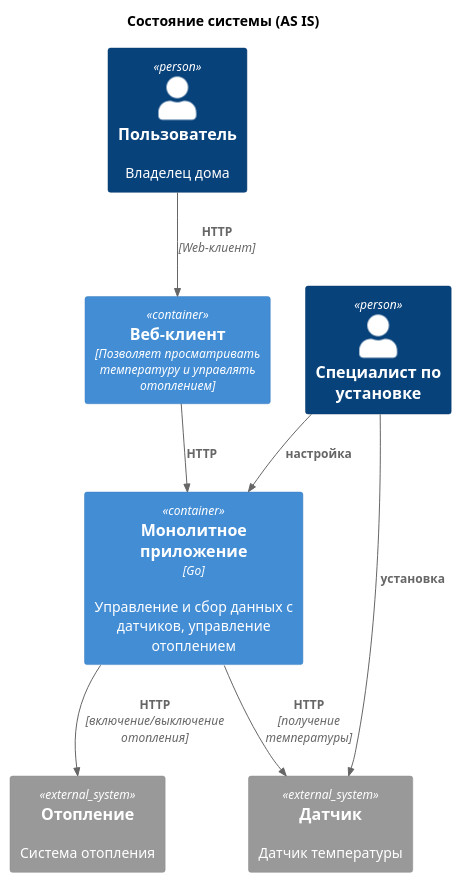
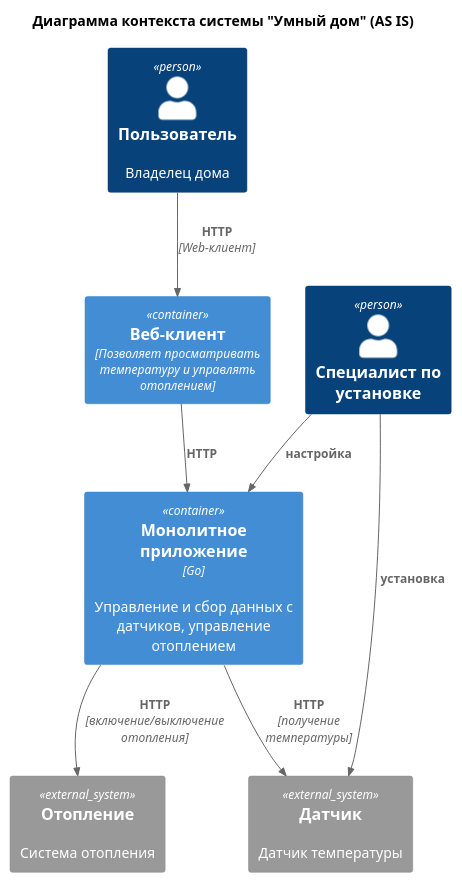
Before and after one commit to shcherbinadmitry/architecture-pro-warmhouse: the diagram in diagrams/context/context_diagram.puml, drawn with PlantUML. The commit also changed 3 other files, not shown here.

Commit message:
(task-02): C4 diagrams

```diff
--- a/diagrams/context/context_diagram.puml
+++ b/diagrams/context/context_diagram.puml
@@ -1,20 +1,20 @@
 @startuml C4_Elements
 !include https://raw.githubusercontent.com/plantuml-stdlib/C4-PlantUML/master/C4_Container.puml
 
-title Состояние системы (AS IS)
+title Диаграмма контекста системы "Умный дом" (AS IS)
 
-Person(person, "Пользователь", "Владелец дома")
+Person(user, "Пользователь", "Владелец дома")
 Person(engineer, "Специалист по установке")
 
 Container(webclient, "Веб-клиент", "Позволяет просматривать температуру и управлять отоплением")
 Container(monolith, "Монолитное приложение", "Go", "Управление и сбор данных с датчиков, управление отоплением")
 System_Ext(sensor, "Датчик", "Датчик температуры")
 System_Ext(heater, "Отопление", "Система отопления")
 
-Rel(person, webclient, "HTTP", "Web-клиент")
+Rel(user, webclient, "HTTP", "Web-клиент")
 Rel(webclient, monolith, "HTTP")
 Rel(monolith, sensor, "HTTP", "получение температуры")
 Rel(monolith, heater, "HTTP", "включение/выключение отопления")
 Rel(engineer, monolith, "настройка")
 Rel(engineer, sensor, "установка")
 @enduml
```
